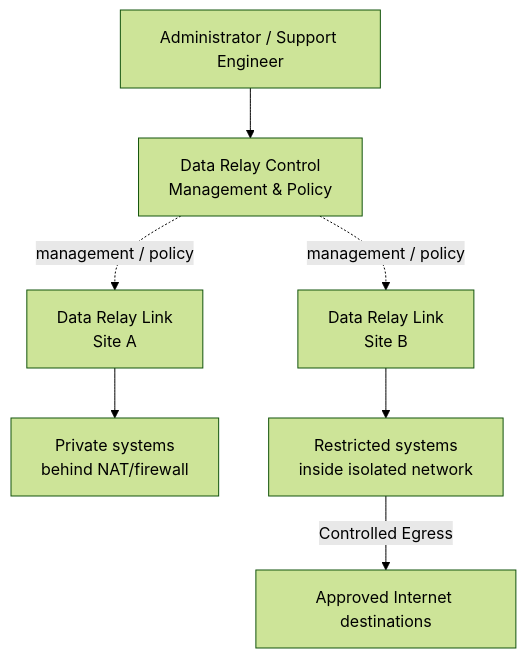
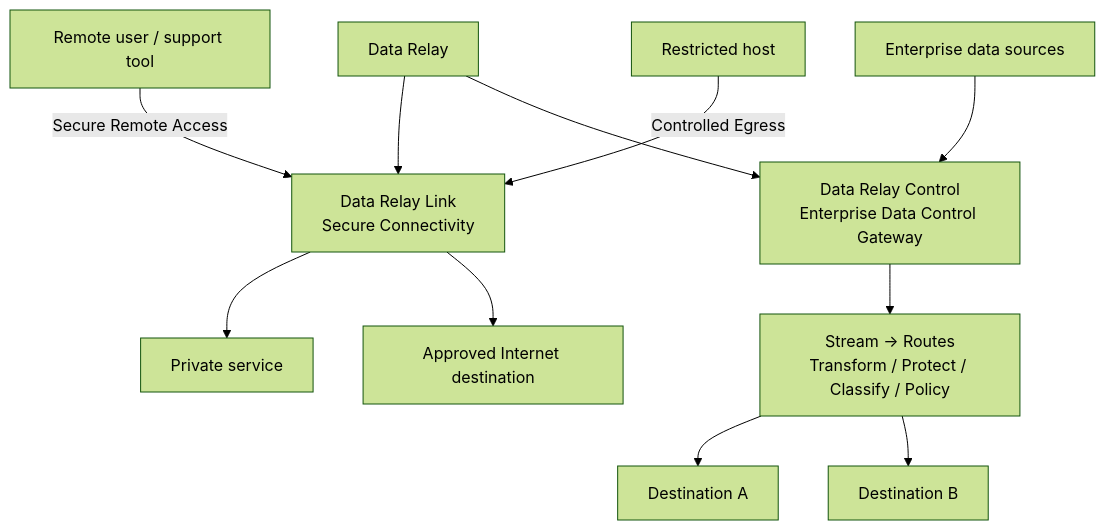
Before and after one commit to datarelay-labs/data-relay-docs: the first of 3 diagrams in index.mdx, drawn with Mermaid (forest theme). The commit also changed other lines of this file, not shown here.

Commit message:
docs: rebalance platform homepage around Link and Control

````diff
--- a/index.mdx
+++ b/index.mdx
@@ -21,17 +21,17 @@
 ```mermaid
 flowchart TB
-    O[Administrator / Support Engineer]
-    C[Data Relay Control\nManagement & Policy]
-    L1[Data Relay Link\nSite A]
-    L2[Data Relay Link\nSite B]
-    P1[Private systems\nbehind NAT/firewall]
-    P2[Restricted systems\ninside isolated network]
-    I[Approved Internet destinations]
+    DR[Data Relay]
 
-    O --> C
-    C -. management / policy .-> L1
-    C -. management / policy .-> L2
-    L1 --> P1
-    L2 --> P2
-    P2 -->|Controlled Egress| I
+    DR --> L[Data Relay Link\nSecure Connectivity]
+    DR --> C[Data Relay Control\nEnterprise Data Control Gateway]
+
+    RU[Remote user / support tool] -->|Secure Remote Access| L
+    RH[Restricted host] -->|Controlled Egress| L
+    L --> PS[Private service]
+    L --> AI[Approved Internet destination]
+
+    S[Enterprise data sources] --> C
+    C --> R[Stream → Routes\nTransform / Protect / Classify / Policy]
+    R --> D1[Destination A]
+    R --> D2[Destination B]
 ```
````
